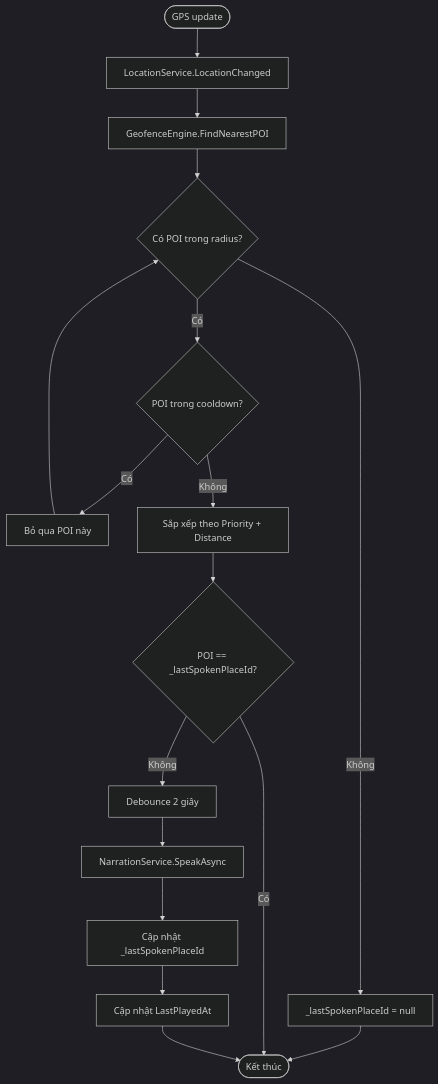
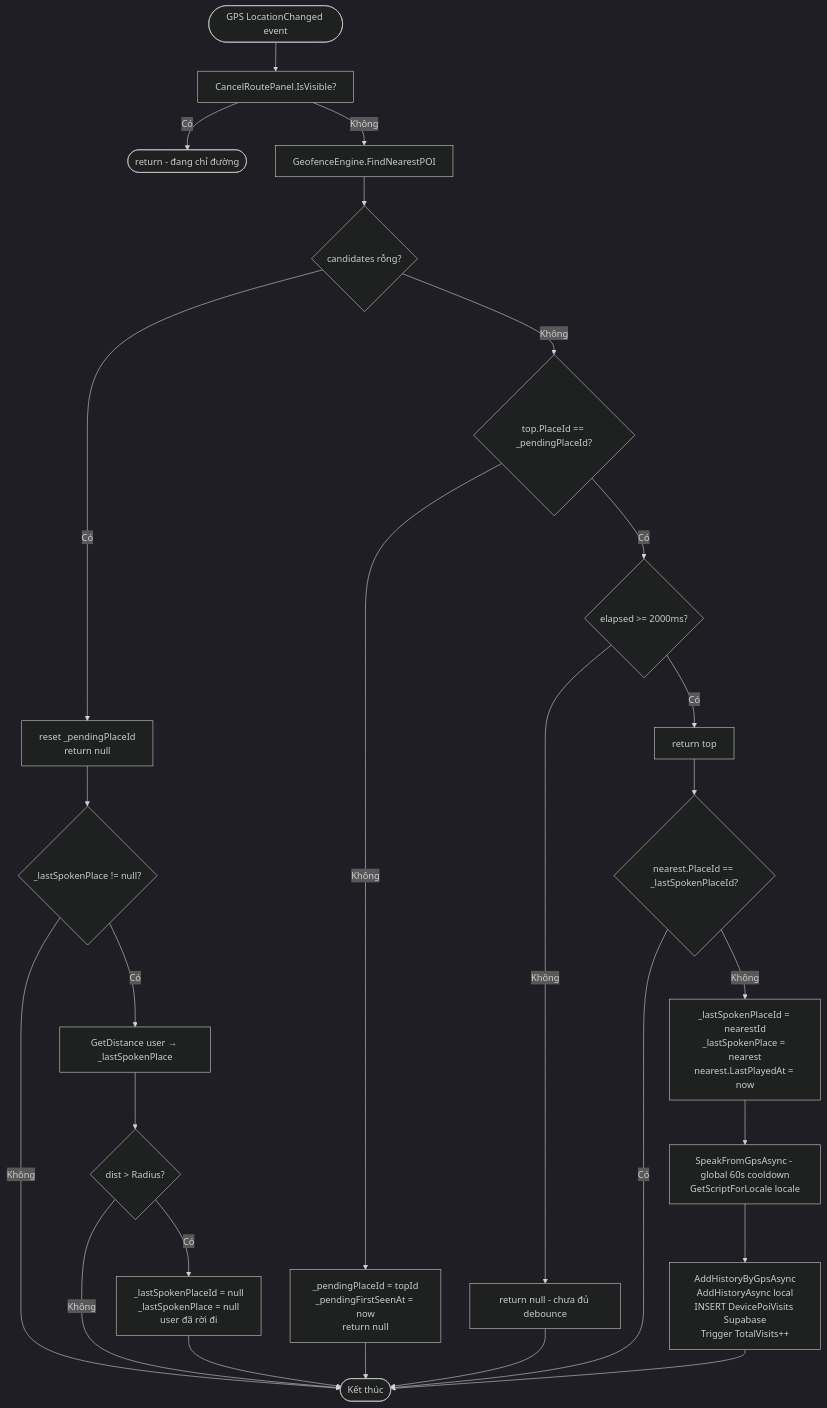
One commit to MTai55/TourguideProjectApp changed diagram 18 of 22 in PRD.md. Above: the diagram before and after it, drawn with Mermaid (dark theme). The commit also changed other lines of this file and 2 other files, not shown here.

````diff
--- a/PRD.md
+++ b/PRD.md
@@ -1469,19 +1859,29 @@
 ```mermaid
 flowchart TD
-    A([GPS update]) --> B[LocationService.LocationChanged]
-    B --> C[GeofenceEngine.FindNearestPOI]
-    C --> D{Có POI trong radius?}
-    D -->|Không| E[_lastSpokenPlaceId = null]
-    E --> Z([Kết thúc])
-    D -->|Có| F{POI trong cooldown?}
-    F -->|Có| G[Bỏ qua POI này]
-    G --> D
-    F -->|Không| H[Sắp xếp theo Priority + Distance]
-    H --> I{POI == _lastSpokenPlaceId?}
-    I -->|Có| Z
-    I -->|Không| J[Debounce 2 giây]
-    J --> K[NarrationService.SpeakAsync]
-    K --> L[Cập nhật _lastSpokenPlaceId]
-    L --> M[Cập nhật LastPlayedAt]
-    M --> Z
+    A([GPS LocationChanged event]) --> B[CancelRoutePanel.IsVisible?]
+    B -->|Có| Z([return - đang chỉ đường])
+    B -->|Không| C[GeofenceEngine.FindNearestPOI]
+    C --> D{candidates rỗng?}
+    D -->|Có| E[reset _pendingPlaceId\nreturn null]
+    E --> F{_lastSpokenPlace != null?}
+    F -->|Không| Z2([Kết thúc])
+    F -->|Có| G[GetDistance user → _lastSpokenPlace]
+    G --> H{dist > Radius?}
+    H -->|Có| I[_lastSpokenPlaceId = null\n_lastSpokenPlace = null\nuser đã rời đi]
+    H -->|Không| Z2
+    I --> Z2
+
+    D -->|Không| J{top.PlaceId == _pendingPlaceId?}
+    J -->|Không| K[_pendingPlaceId = topId\n_pendingFirstSeenAt = now\nreturn null]
+    K --> Z2
+    J -->|Có| L{elapsed >= 2000ms?}
+    L -->|Không| M[return null - chưa đủ debounce]
+    M --> Z2
+    L -->|Có| N[return top]
+    N --> O{nearest.PlaceId == _lastSpokenPlaceId?}
+    O -->|Có| Z2
+    O -->|Không| P[_lastSpokenPlaceId = nearestId\n_lastSpokenPlace = nearest\nnearest.LastPlayedAt = now]
+    P --> Q[SpeakFromGpsAsync - global 60s cooldown\nGetScriptForLocale locale]
+    Q --> R[AddHistoryByGpsAsync\nAddHistoryAsync local\nINSERT DevicePoiVisits Supabase\nTrigger TotalVisits++]
+    R --> Z2([Kết thúc])
 ```
````
